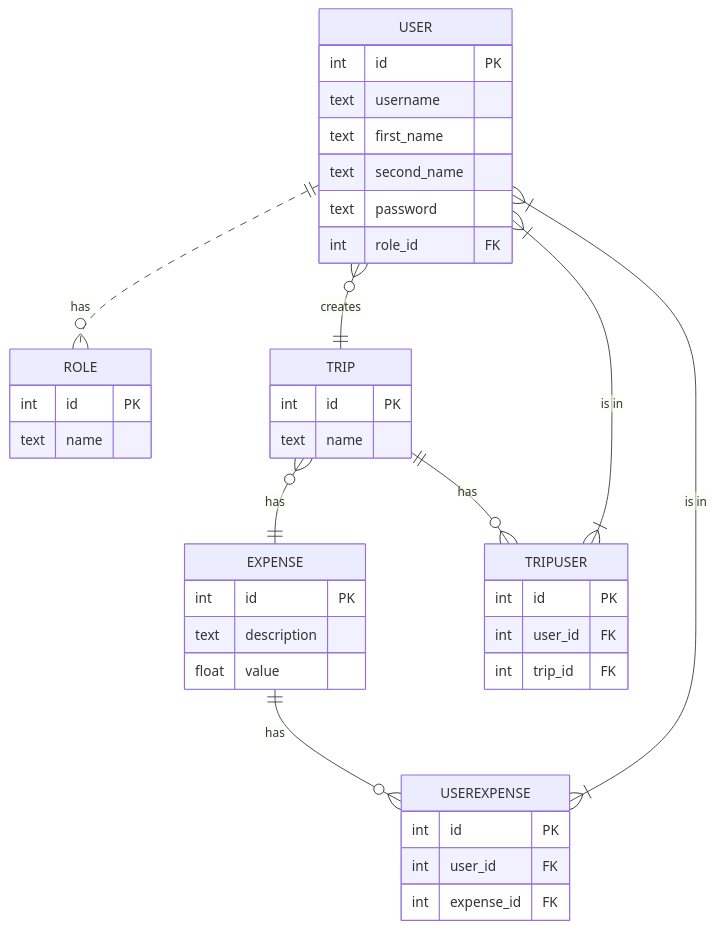
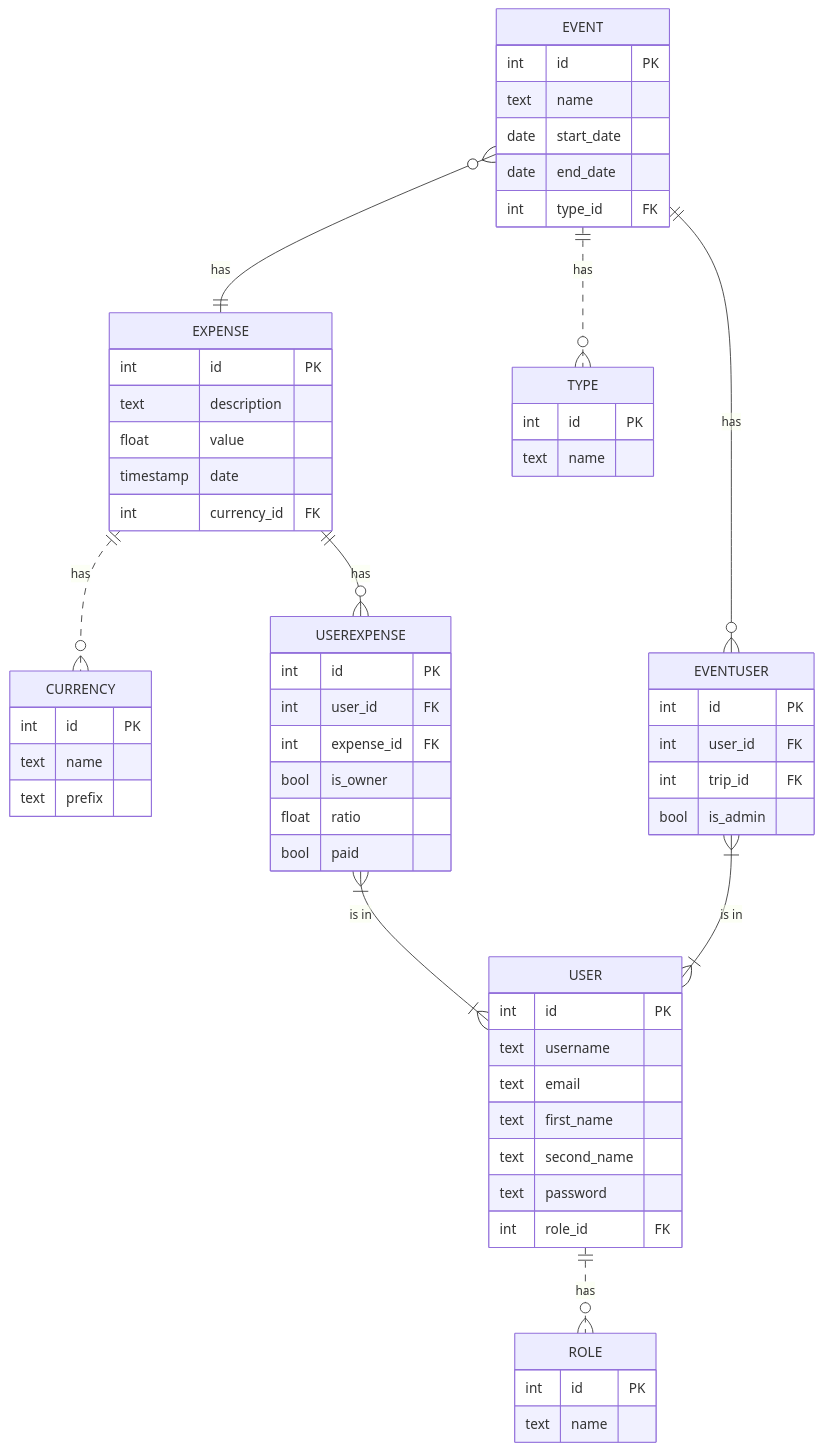
Before and after one commit to miguel-square/TripBudget: the second of 2 diagrams in README.md, drawn with Mermaid. The commit also changed other lines of this file, not shown here.

````diff
--- a/README.md
+++ b/README.md
@@ -54,41 +58,61 @@
 ```mermaid
 erDiagram
-    USER ||..o{ ROLE : "has"
     USER {
         int id PK
         text username
+        text email
         text first_name
         text second_name
         text password
         int role_id FK
     }
-    ROLE {
+    EVENT {
         int id PK
         text name
-    }
-    USER o{--|| TRIP : creates
-    TRIP o{--|| EXPENSE : has
-    TRIP {
-        int id PK
-        text name       
+        date start_date
+        date end_date
+        int type_id FK       
     }
     EXPENSE {
         int id PK
         text description
         float value
+        timestamp date
+        int currency_id FK
     }
-    EXPENSE ||--o{ USEREXPENSE : has
-    USEREXPENSE }|--|{ USER : "is in"
-    TRIP ||--o{ TRIPUSER : has
-    TRIPUSER }|--|{ USER : "is in"
+    ROLE {
+        int id PK
+        text name
+    }
+    TYPE {
+        int id PK
+        text name
+    }
+    CURRENCY {
+        int id PK
+        text name
+        text prefix
+    }
     USEREXPENSE {
         int id PK
         int user_id FK
         int expense_id FK
+        bool is_owner
+        float ratio
+        bool paid
     }
-    TRIPUSER {
+    EVENTUSER {
         int id PK
         int user_id FK
         int trip_id FK
+        bool is_admin
     }
+    USER ||..o{ ROLE : "has"
+    EXPENSE ||..o{ CURRENCY : "has"
+    EVENT ||..o{ TYPE : "has"
+    EVENT o{--|| EXPENSE : has
+    EXPENSE ||--o{ USEREXPENSE : has
+    USEREXPENSE }|--|{ USER : "is in"
+    EVENT ||--o{ EVENTUSER : has
+    EVENTUSER }|--|{ USER : "is in"    
 ```
````
